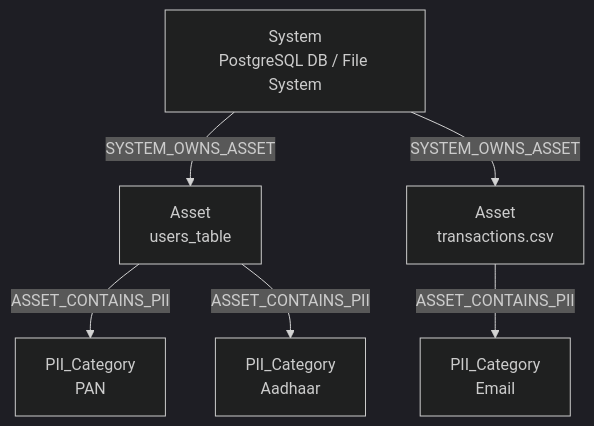
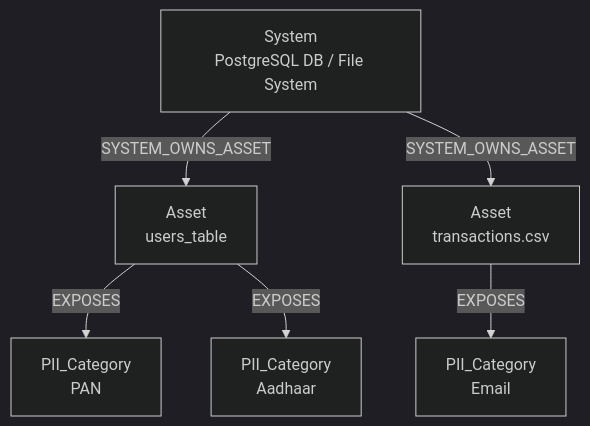
The second of 3 diagrams in docs/architecture/overview.md (bharat-parihar/ARC-Hawk), drawn with Mermaid (dark theme) before and after one commit. The commit also changed other lines of this file and 99 other files, not shown here.

````diff
--- a/docs/architecture/overview.md
+++ b/docs/architecture/overview.md
@@ -68,8 +68,8 @@
 ```mermaid
 graph TD
     System[System<br/>PostgreSQL DB / File System] -->|SYSTEM_OWNS_ASSET| Asset1[Asset<br/>users_table]
     System -->|SYSTEM_OWNS_ASSET| Asset2[Asset<br/>transactions.csv]
-    Asset1 -->|ASSET_CONTAINS_PII| PII1[PII_Category<br/>PAN]
-    Asset1 -->|ASSET_CONTAINS_PII| PII2[PII_Category<br/>Aadhaar]
-    Asset2 -->|ASSET_CONTAINS_PII| PII3[PII_Category<br/>Email]
+    Asset1 -->|EXPOSES| PII1[PII_Category<br/>PAN]
+    Asset1 -->|EXPOSES| PII2[PII_Category<br/>Aadhaar]
+    Asset2 -->|EXPOSES| PII3[PII_Category<br/>Email]
 ```
````
